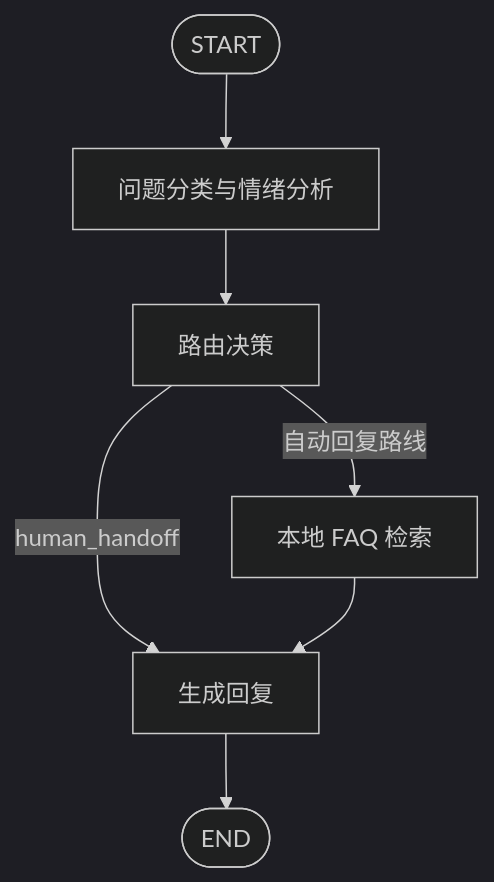
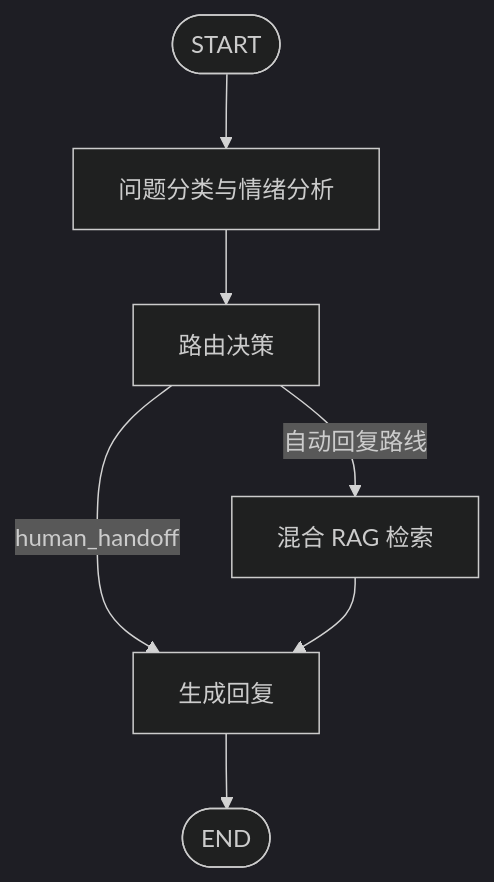
One commit to Lynchzhan/Intelligent-Customer-Service---Xiao-Zhi changed the diagram in README.md. Above: the diagram before and after it, drawn with Mermaid (dark theme). The commit also changed other lines of this file and 35 other files, not shown here.

````diff
--- a/README.md
+++ b/README.md
@@ -31,9 +34,9 @@
 ```mermaid
 flowchart TD
     Start([START]) --> Analyze[问题分类与情绪分析]
     Analyze --> Route[路由决策]
     Route -->|human_handoff| Response[生成回复]
-    Route -->|自动回复路线| FAQ[本地 FAQ 检索]
+    Route -->|自动回复路线| FAQ[混合 RAG 检索]
     FAQ --> Response
     Response --> End([END])
 ```
````
